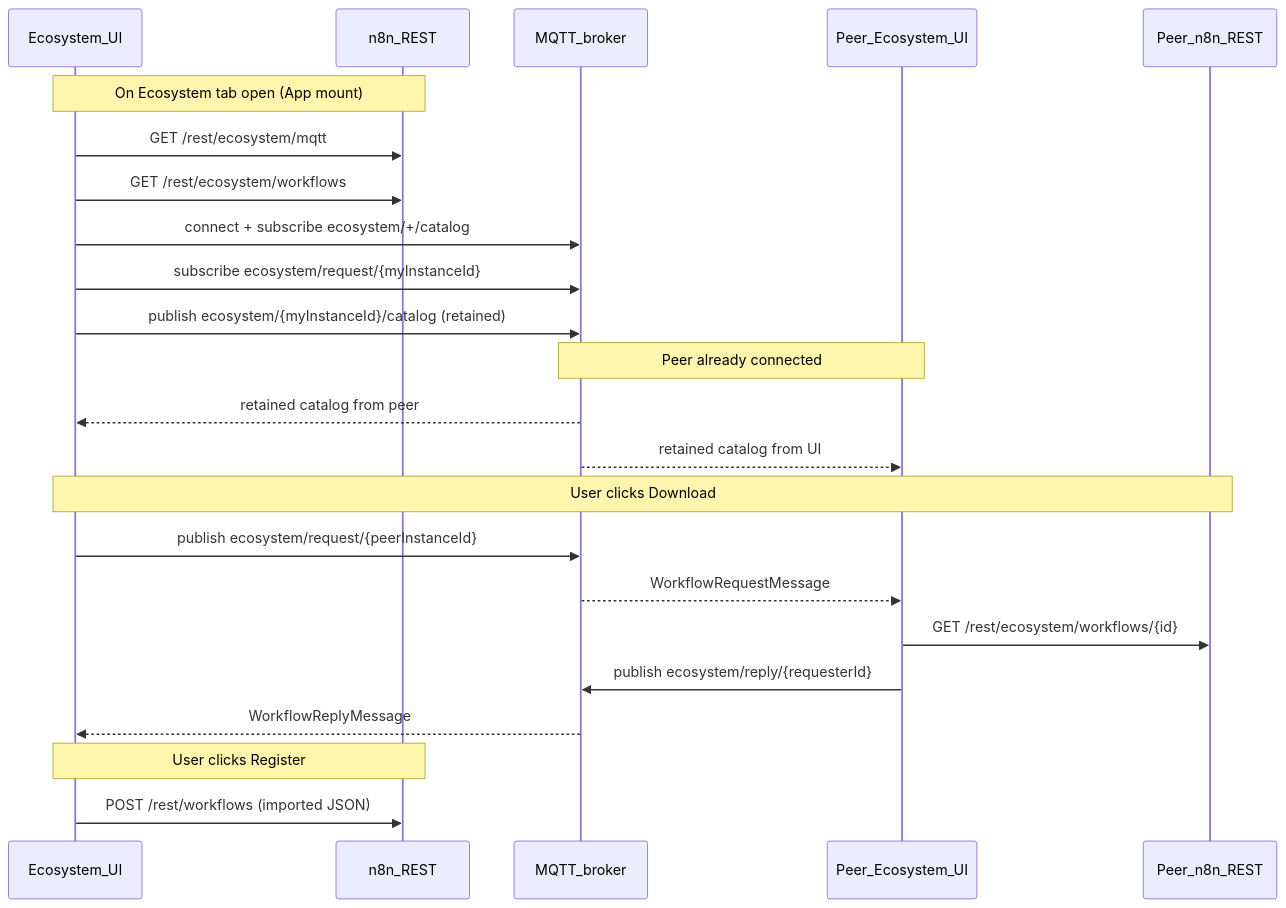
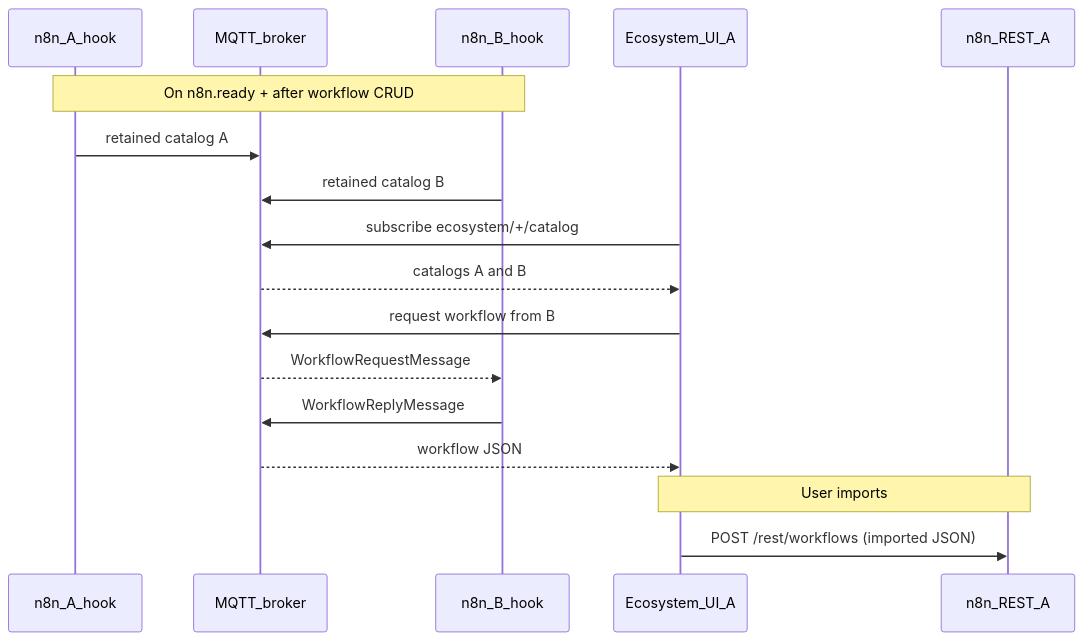
The diagram in AGENTS.md (3p3r/n8n-hooks-marketplace), drawn with Mermaid before and after one commit. The commit also changed other lines of this file and 27 other files, not shown here.

Commit message:
feat: move discovery to the backend hook + QoL updates in the UI

````diff
--- a/AGENTS.md
+++ b/AGENTS.md
@@ -162,29 +175,21 @@
 ```mermaid
 sequenceDiagram
-  participant UI as Ecosystem_UI
-  participant REST as n8n_REST
+  participant BackendA as n8n_A_hook
   participant Broker as MQTT_broker
-  participant PeerUI as Peer_Ecosystem_UI
-  participant PeerREST as Peer_n8n_REST
+  participant BackendB as n8n_B_hook
+  participant UIA as Ecosystem_UI_A
+  participant REST as n8n_REST_A
 
-  Note over UI,REST: On Ecosystem tab open (App mount)
-  UI->>REST: GET /rest/ecosystem/mqtt
-  UI->>REST: GET /rest/ecosystem/workflows
-  UI->>Broker: connect + subscribe ecosystem/+/catalog
-  UI->>Broker: subscribe ecosystem/request/{myInstanceId}
-  UI->>Broker: publish ecosystem/{myInstanceId}/catalog (retained)
+  Note over BackendA,BackendB: On n8n.ready + after workflow CRUD
+  BackendA->>Broker: retained catalog A
+  BackendB->>Broker: retained catalog B
+  UIA->>Broker: subscribe ecosystem/+/catalog
+  Broker-->>UIA: catalogs A and B
+  UIA->>Broker: request workflow from B
+  Broker-->>BackendB: WorkflowRequestMessage
+  BackendB->>Broker: WorkflowReplyMessage
+  Broker-->>UIA: workflow JSON
 
-  Note over PeerUI,Broker: Peer already connected
-  Broker-->>UI: retained catalog from peer
-  Broker-->>PeerUI: retained catalog from UI
-
-  Note over UI,PeerREST: User clicks Download
-  UI->>Broker: publish ecosystem/request/{peerInstanceId}
-  Broker-->>PeerUI: WorkflowRequestMessage
-  PeerUI->>PeerREST: GET /rest/ecosystem/workflows/{id}
-  PeerUI->>Broker: publish ecosystem/reply/{requesterId}
-  Broker-->>UI: WorkflowReplyMessage
-
-  Note over UI,REST: User clicks Register
-  UI->>REST: POST /rest/workflows (imported JSON)
+  Note over UIA,REST: User imports
+  UIA->>REST: POST /rest/workflows (imported JSON)
 ```
````
